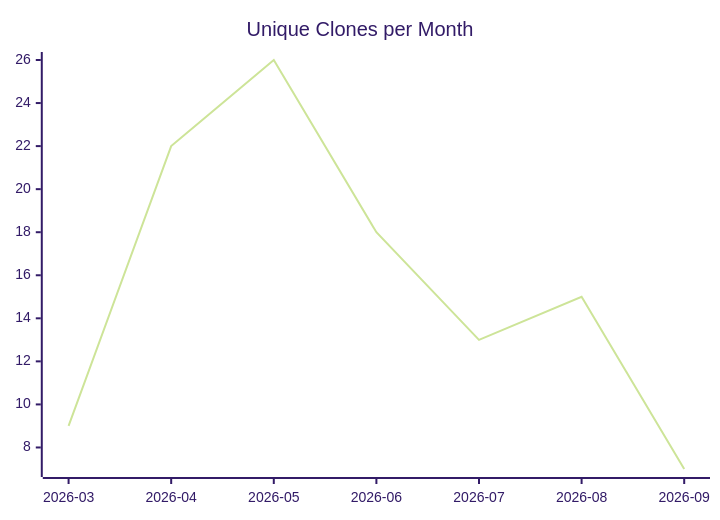
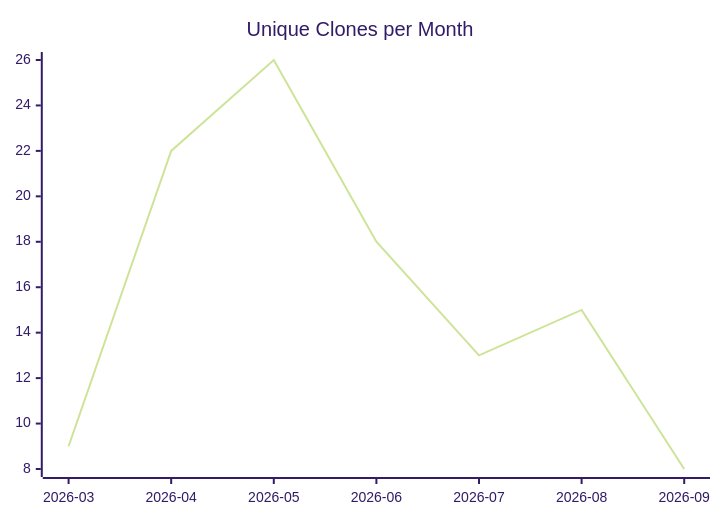
One commit to justdavis-family/github-analytics-data changed the third of 3 diagrams in karlmdavis/lego-ev3dev-rs/README.md. Above: the diagram before and after it, drawn with Mermaid (forest theme). The commit also changed other lines of this file and 190 other files, not shown here.

````diff
--- a/karlmdavis/lego-ev3dev-rs/README.md
+++ b/karlmdavis/lego-ev3dev-rs/README.md
@@ -19,6 +19,6 @@
 ```mermaid
 xychart-beta
   title "Unique Clones per Month"
   x-axis ["2026-03", "2026-04", "2026-05", "2026-06", "2026-07", "2026-08", "2026-09"]
-  line [9, 22, 26, 18, 13, 15, 7]
+  line [9, 22, 26, 18, 13, 15, 8]
 ```
````
